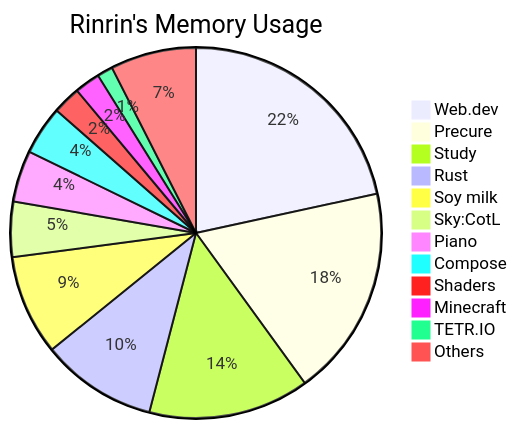
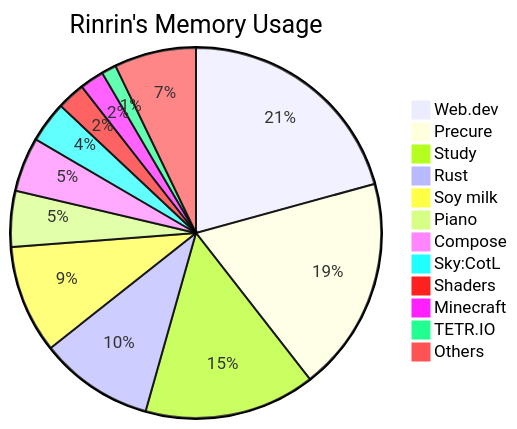
Before and after one commit to Rinrin0413/Rinrin0413: the diagram in README.md, drawn with Mermaid.

Commit message:
🛠 Update: Rinrin's Memory Usage

````diff
--- a/README.md
+++ b/README.md
@@ -75,15 +75,15 @@
 ```mermaid
 pie title Rinrin's Memory Usage
-    "Web.dev": 583
-    "Precure": 497
-    "Study": 379
-    "Rust": 273
-    "Soy milk": 236
-    "Sky:CotL": 130
-    "Piano": 121
-    "Compose": 115
+    "Web.dev": 560
+    "Precure": 506
+    "Study": 403
+    "Rust": 269
+    "Soy milk": 255
+    "Piano": 132
+    "Compose": 128
+    "Sky:CotL": 97
     "Shaders": 66
-    "Minecraft": 60
-    "TETR.IO": 37
-    "Others": 202
+    "Minecraft": 57
+    "TETR.IO": 35
+    "Others": 193
 ```
````
